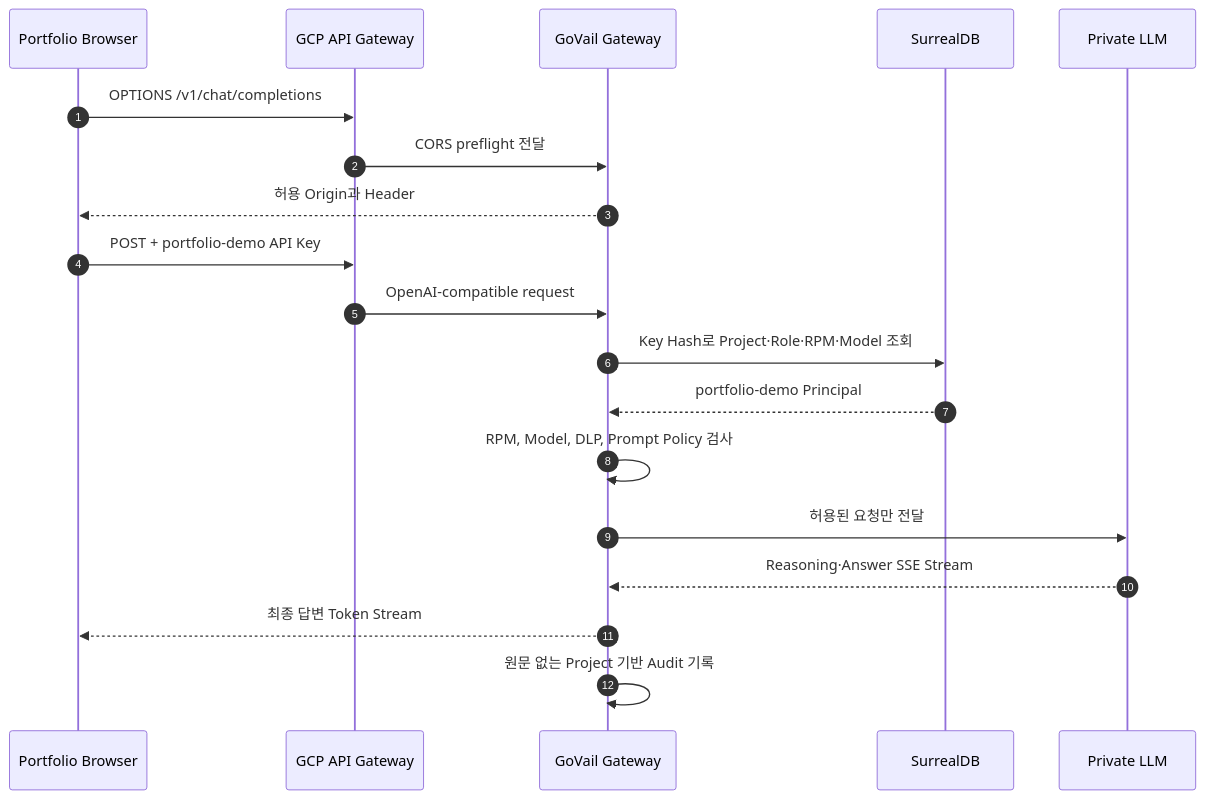
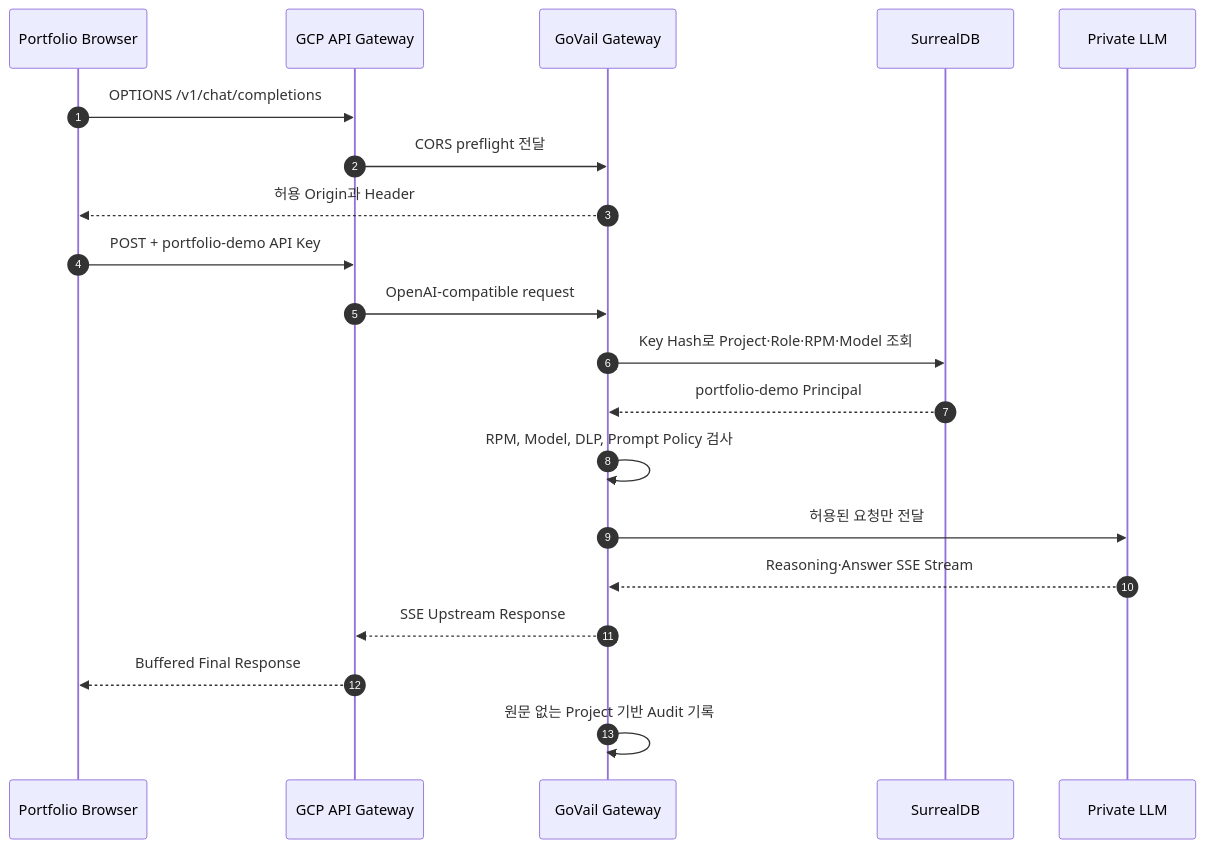
One commit to devcy0922/devcy0922.github.io changed the second of 2 diagrams in architecture.md. Above: the diagram before and after it, drawn with Mermaid. The commit also changed other lines of this file and 2 other files, not shown here.

````diff
--- a/architecture.md
+++ b/architecture.md
@@ -24,22 +24,23 @@
 ```mermaid
 sequenceDiagram
     autonumber
     participant Browser as Portfolio Browser
     participant API as GCP API Gateway
     participant Gateway as GoVail Gateway
     participant DB as SurrealDB
     participant LLM as Private LLM
 
     Browser->>API: OPTIONS /v1/chat/completions
     API->>Gateway: CORS preflight 전달
     Gateway-->>Browser: 허용 Origin과 Header
     Browser->>API: POST + portfolio-demo API Key
     API->>Gateway: OpenAI-compatible request
     Gateway->>DB: Key Hash로 Project·Role·RPM·Model 조회
     DB-->>Gateway: portfolio-demo Principal
     Gateway->>Gateway: RPM, Model, DLP, Prompt Policy 검사
     Gateway->>LLM: 허용된 요청만 전달
     LLM-->>Gateway: Reasoning·Answer SSE Stream
-    Gateway-->>Browser: 최종 답변 Token Stream
+    Gateway-->>API: SSE Upstream Response
+    API-->>Browser: Buffered Final Response
     Gateway->>Gateway: 원문 없는 Project 기반 Audit 기록
 ```
````
